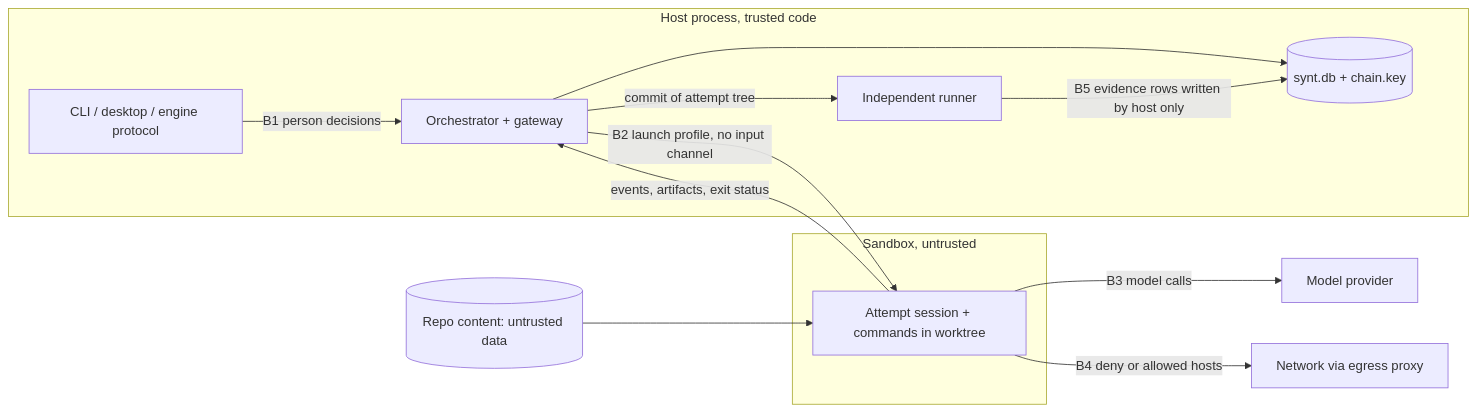
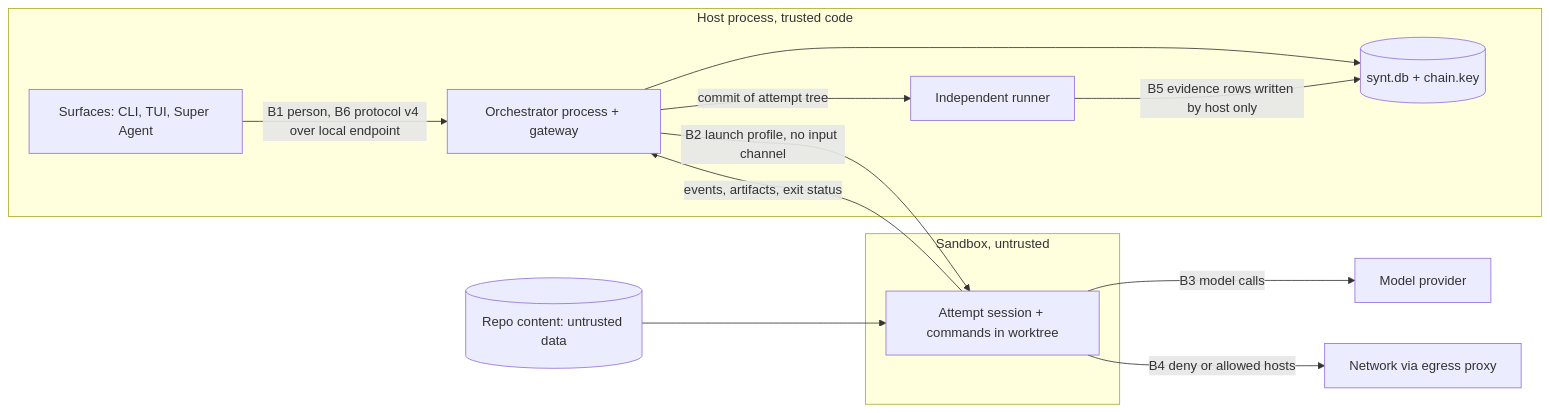
The diagram in docs/architecture/outcome-orchestration-threat-model.md (DevOnChain101/synthesis), drawn with Mermaid before and after one commit. The commit also changed other lines of this file and 10 other files, not shown here.

First line of the commit message:
docs: orchestration review package rev 2, three surfaces (CLI, TUI, Super Agent)

````diff
--- a/docs/architecture/outcome-orchestration-threat-model.md
+++ b/docs/architecture/outcome-orchestration-threat-model.md
@@ -35,24 +36,24 @@
 ```mermaid
 flowchart LR
   subgraph HOST[Host process, trusted code]
-    UI[CLI / desktop / engine protocol]
-    ORCH[Orchestrator + gateway]
+    UI[Surfaces: CLI, TUI, Super Agent]
+    ORCH[Orchestrator process + gateway]
     VER[Independent runner]
     DB[(synt.db + chain.key)]
   end
   subgraph SBX[Sandbox, untrusted]
     ATT[Attempt session + commands in worktree]
   end
   REPO[(Repo content: untrusted data)]
   PROV[Model provider]
   NET[Network via egress proxy]
-  UI -- B1 person decisions --> ORCH
+  UI -- B1 person, B6 protocol v4 over local endpoint --> ORCH
   ORCH --> DB
   ORCH -- B2 launch profile, no input channel --> ATT
   ATT -- events, artifacts, exit status --> ORCH
   ATT -- B3 model calls --> PROV
   ATT -- B4 deny or allowed hosts --> NET
   REPO --> ATT
   ORCH -- commit of attempt tree --> VER
   VER -- B5 evidence rows written by host only --> DB
 ```
````
